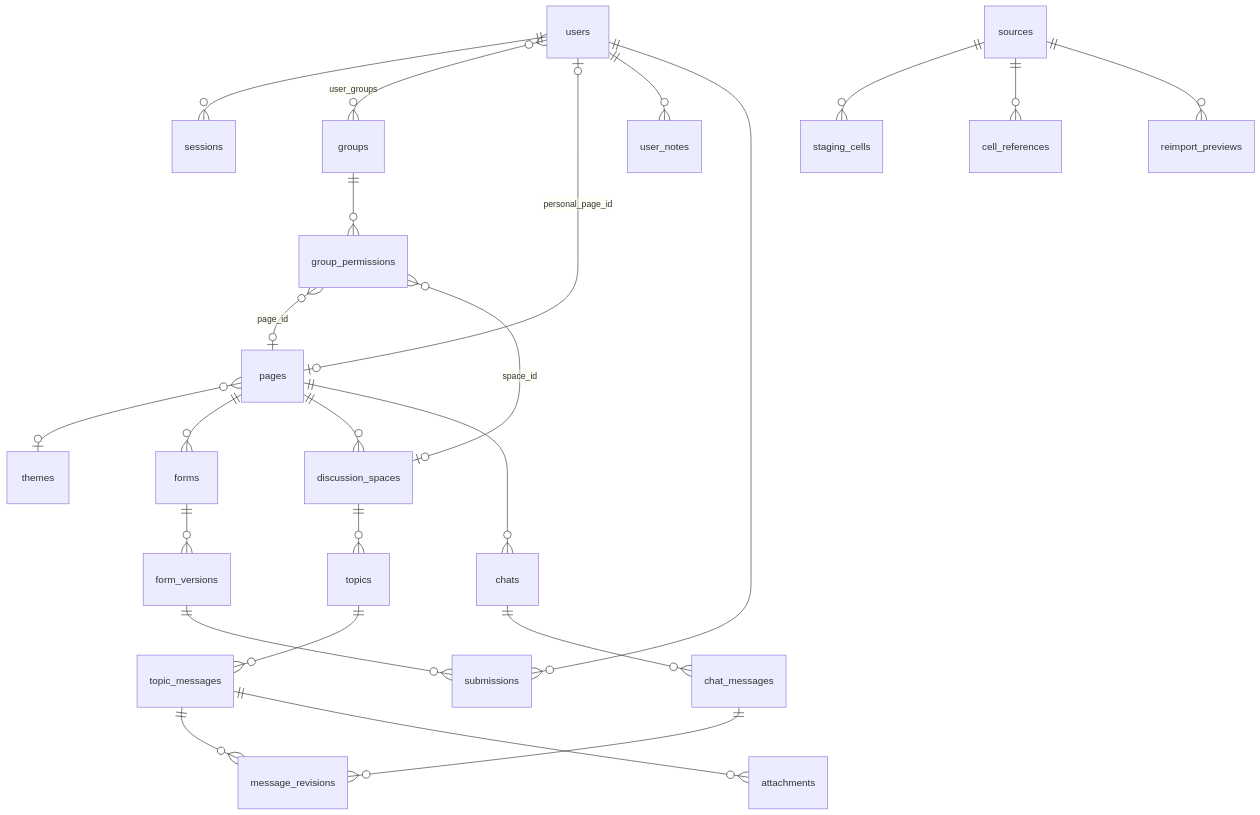
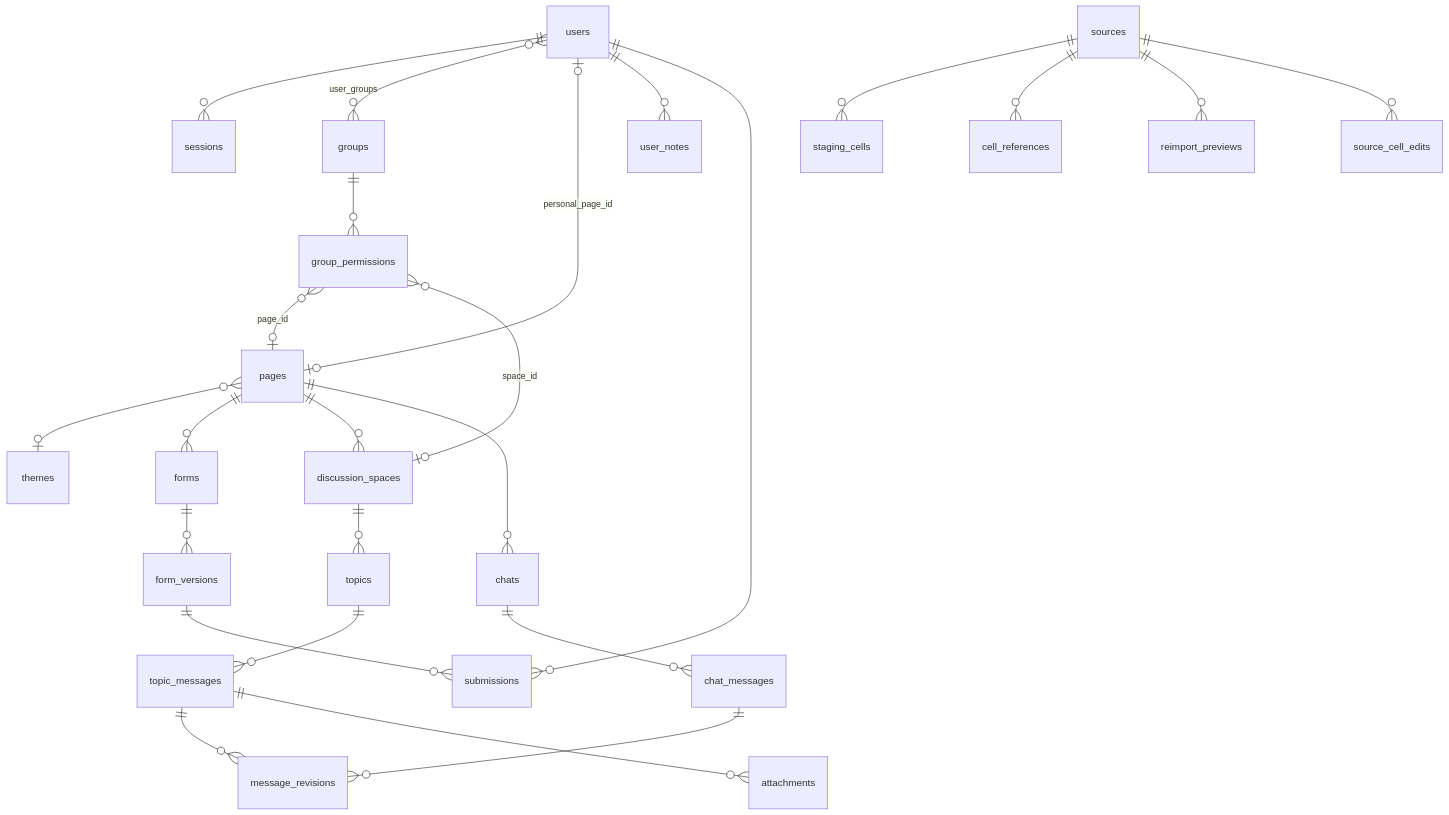
The diagram in references/conception/14-modele-donnees.md (NL-Des/Strategos), drawn with Mermaid before and after one commit. The commit also changed other lines of this file and 33 other files, not shown here.

````diff
--- a/references/conception/14-modele-donnees.md
+++ b/references/conception/14-modele-donnees.md
@@ -439,26 +451,27 @@
 ```mermaid
 erDiagram
     users ||--o{ sessions : ""
     users }o--o{ groups : "user_groups"
     groups ||--o{ group_permissions : ""
     group_permissions }o--o| pages : "page_id"
     group_permissions }o--o| discussion_spaces : "space_id"
     users |o--o| pages : "personal_page_id"
     users ||--o{ user_notes : ""
     pages }o--o| themes : ""
     pages ||--o{ forms : ""
     pages ||--o{ discussion_spaces : ""
     pages ||--o{ chats : ""
     discussion_spaces ||--o{ topics : ""
     topics ||--o{ topic_messages : ""
     chats ||--o{ chat_messages : ""
     topic_messages ||--o{ message_revisions : ""
     chat_messages ||--o{ message_revisions : ""
     topic_messages ||--o{ attachments : ""
     forms ||--o{ form_versions : ""
     form_versions ||--o{ submissions : ""
     users ||--o{ submissions : ""
     sources ||--o{ staging_cells : ""
     sources ||--o{ cell_references : ""
     sources ||--o{ reimport_previews : ""
+    sources ||--o{ source_cell_edits : ""
 ```
````
